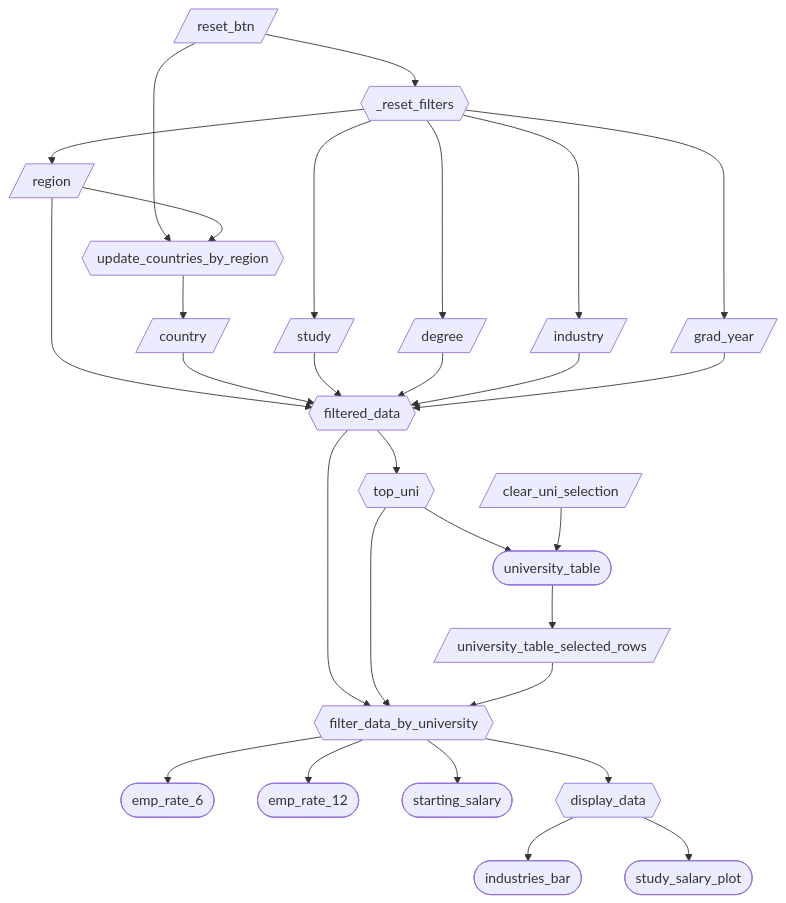
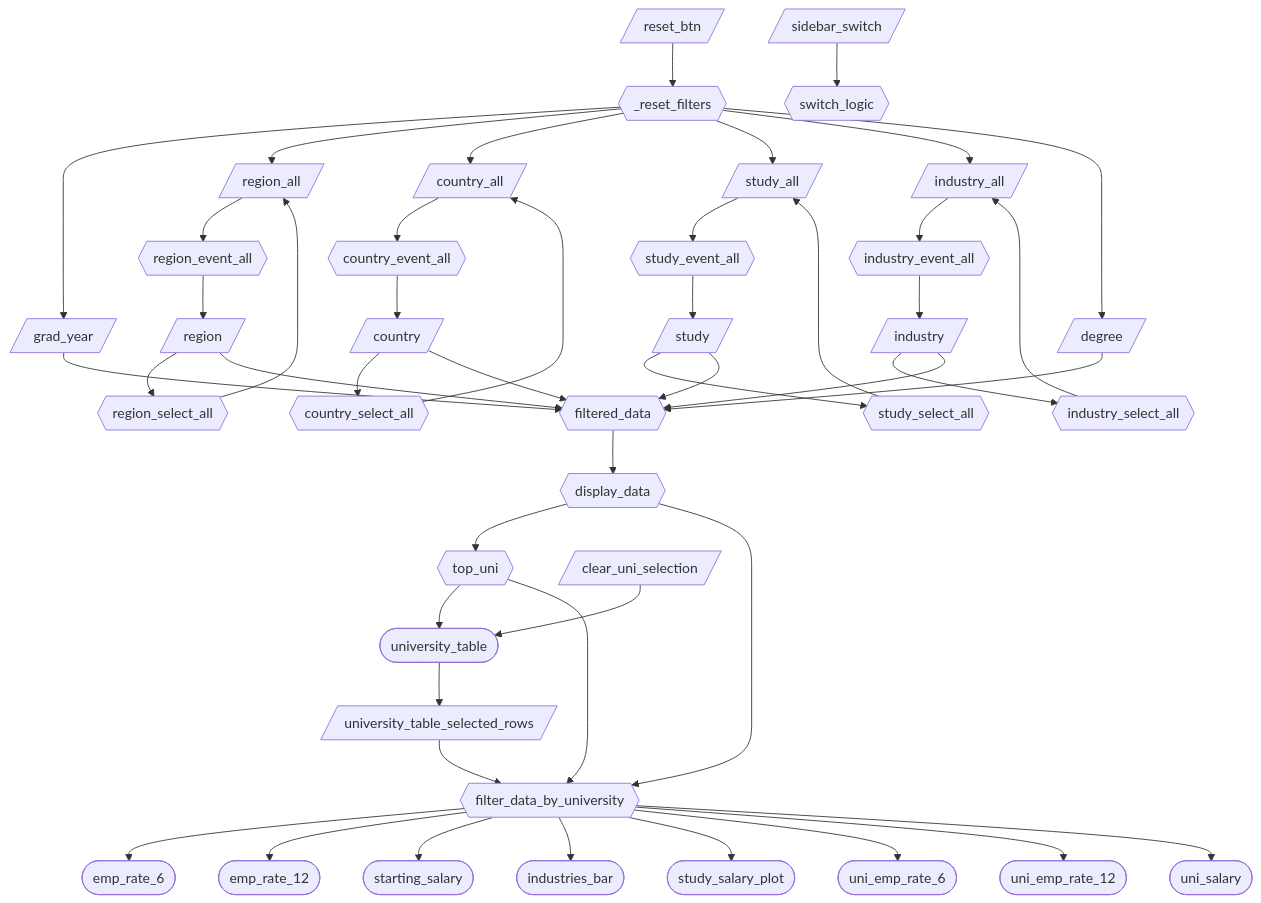
The first of 2 diagrams in reports/m2_spec.md (UBC-MDS/DSCI-532_2026_12_GradSkills), drawn with Mermaid before and after one commit. The commit also changed other lines of this file and 2 other files, not shown here.

````diff
--- a/reports/m2_spec.md
+++ b/reports/m2_spec.md
@@ -62,19 +78,51 @@
 ```mermaid
 flowchart TD
-  region[/region/] & country[/country/] & study[/study/] & degree[/degree/] & industry[/industry/] & grad_year[/grad_year/] --> filtered_data{{filtered_data}}
+  reset_btn[/reset_btn/] --> _reset_filters{{_reset_filters}}
+  sidebar_switch[/sidebar_switch/] --> switch_logic{{switch_logic}}
 
-  reset_btn[/reset_btn/] --> _reset_filters{{_reset_filters}}
-  reset_btn --> update_countries_by_region{{update_countries_by_region}}
-  region --> update_countries_by_region
-  _reset_filters --> region & study & degree & industry & grad_year
-  update_countries_by_region --> country
+  _reset_filters --> grad_year[/grad_year/]
+  _reset_filters --> region_all[/region_all/]
+  _reset_filters --> country_all[/country_all/]
+  _reset_filters --> study_all[/study_all/]
+  _reset_filters --> industry_all[/industry_all/]
+  _reset_filters --> degree[/degree/]
 
-  filtered_data --> top_uni{{top_uni}}
+  region_all --> region_event_all{{region_event_all}}
+  region_event_all --> region[/region/]
+  region --> region_select_all{{region_select_all}}
+  region_select_all --> region_all
+
+  country_all --> country_event_all{{country_event_all}}
+  country_event_all --> country[/country/]
+  country --> country_select_all{{country_select_all}}
+  country_select_all --> country_all
+
+  study_all --> study_event_all{{study_event_all}}
+  study_event_all --> study[/study/]
+  study --> study_select_all{{study_select_all}}
+  study_select_all --> study_all
+
+  industry_all --> industry_event_all{{industry_event_all}}
+  industry_event_all --> industry[/industry/]
+  industry --> industry_select_all{{industry_select_all}}
+  industry_select_all --> industry_all
+
+  region & country & study & degree & industry & grad_year --> filtered_data{{filtered_data}}
+  filtered_data --> display_data{{display_data}}
+  display_data --> top_uni{{top_uni}}
+
   top_uni --> university_table([university_table])
   clear_uni_selection[/clear_uni_selection/] --> university_table
   university_table --> university_table_selected_rows[/university_table_selected_rows/]
 
-  filtered_data & top_uni & university_table_selected_rows --> filter_data_by_university{{filter_data_by_university}}
-  filter_data_by_university --> emp_rate_6([emp_rate_6]) & emp_rate_12([emp_rate_12]) & starting_salary([starting_salary]) & display_data{{display_data}}
-  display_data --> industries_bar([industries_bar]) & study_salary_plot([study_salary_plot])
+  display_data & top_uni & university_table_selected_rows --> filter_data_by_university{{filter_data_by_university}}
+
+  filter_data_by_university --> emp_rate_6([emp_rate_6])
+  filter_data_by_university --> emp_rate_12([emp_rate_12])
+  filter_data_by_university --> starting_salary([starting_salary])
+  filter_data_by_university --> industries_bar([industries_bar])
+  filter_data_by_university --> study_salary_plot([study_salary_plot])
+  filter_data_by_university --> uni_emp_rate_6([uni_emp_rate_6])
+  filter_data_by_university --> uni_emp_rate_12([uni_emp_rate_12])
+  filter_data_by_university --> uni_salary([uni_salary])
 ```
````
